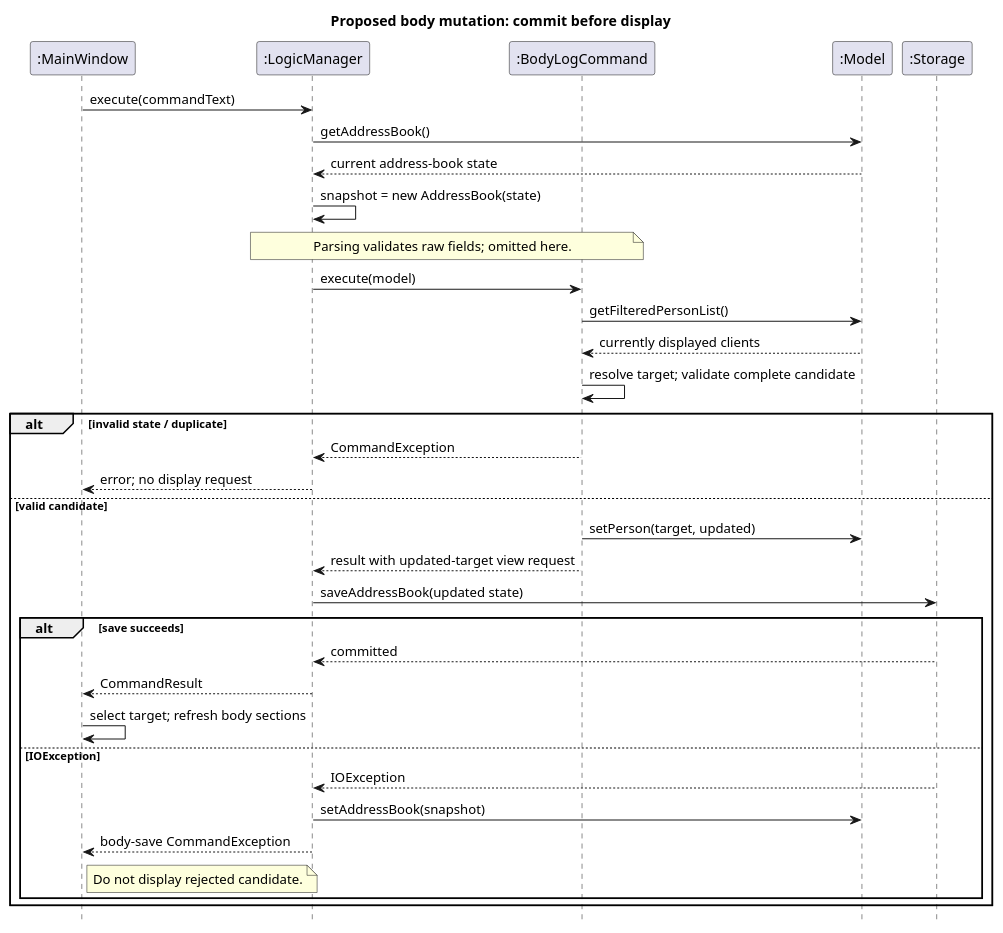
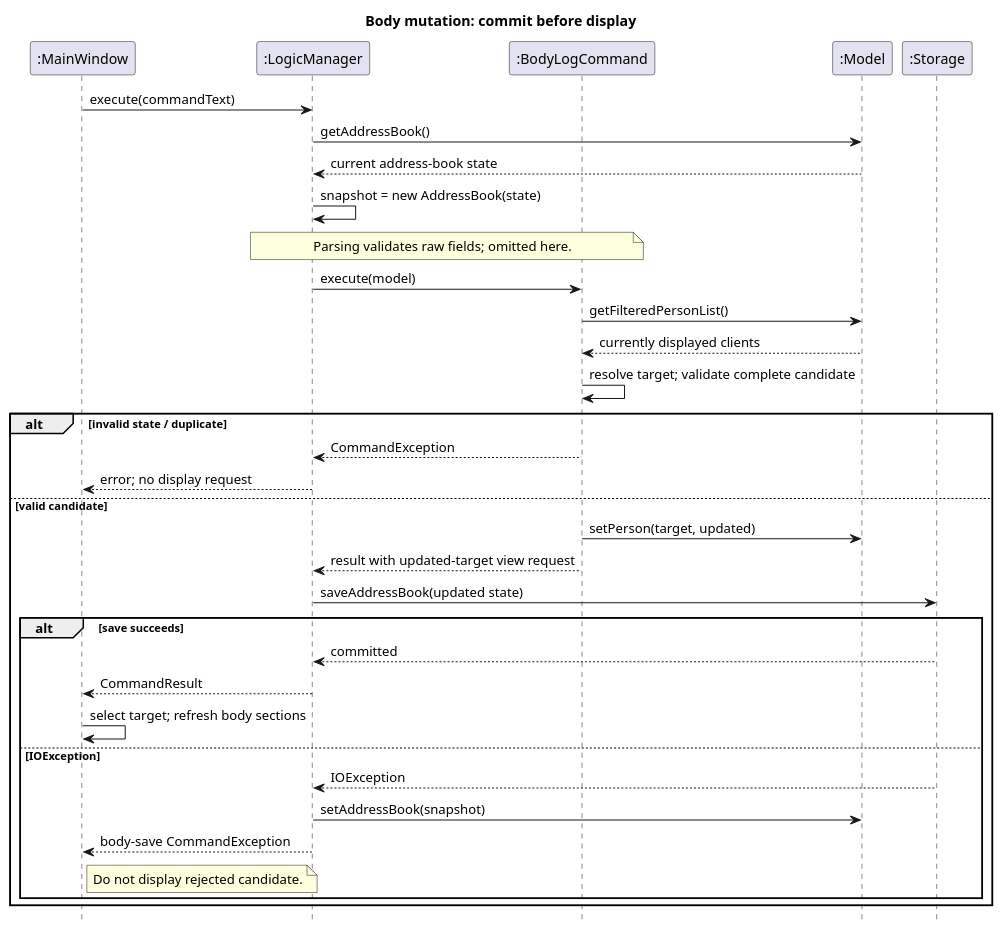
The diagram in docs/diagrams/BodyProgressSaveSequence.puml (AY2627S1-CS2103T-T14-1/tp), drawn with PlantUML before and after one commit. The commit also changed 6 other files, not shown here.

```diff
--- a/docs/diagrams/BodyProgressSaveSequence.puml
+++ b/docs/diagrams/BodyProgressSaveSequence.puml
@@ -1,38 +1,38 @@
 @startuml
-title Proposed body mutation: commit before display
+title Body mutation: commit before display
 skinparam shadowing false
 skinparam defaultFontName Arial
 hide footbox
 participant ":MainWindow" as UI
 participant ":LogicManager" as Logic
 participant ":BodyLogCommand" as Cmd
 participant ":Model" as Model
 participant ":Storage" as Storage
 UI -> Logic: execute(commandText)
 Logic -> Model: getAddressBook()
 Model --> Logic: current address-book state
 Logic -> Logic: snapshot = new AddressBook(state)
 note over Logic, Cmd: Parsing validates raw fields; omitted here.
 Logic -> Cmd: execute(model)
 Cmd -> Model: getFilteredPersonList()
 Model --> Cmd: currently displayed clients
 Cmd -> Cmd: resolve target; validate complete candidate
 alt invalid state / duplicate
   Cmd --> Logic: CommandException
   Logic --> UI: error; no display request
 else valid candidate
   Cmd -> Model: setPerson(target, updated)
   Cmd --> Logic: result with updated-target view request
   Logic -> Storage: saveAddressBook(updated state)
   alt save succeeds
     Storage --> Logic: committed
     Logic --> UI: CommandResult
     UI -> UI: select target; refresh body sections
   else IOException
     Storage --> Logic: IOException
     Logic -> Model: setAddressBook(snapshot)
     Logic --> UI: body-save CommandException
     note right of UI: Do not display rejected candidate.
   end
 end
 @enduml
```
